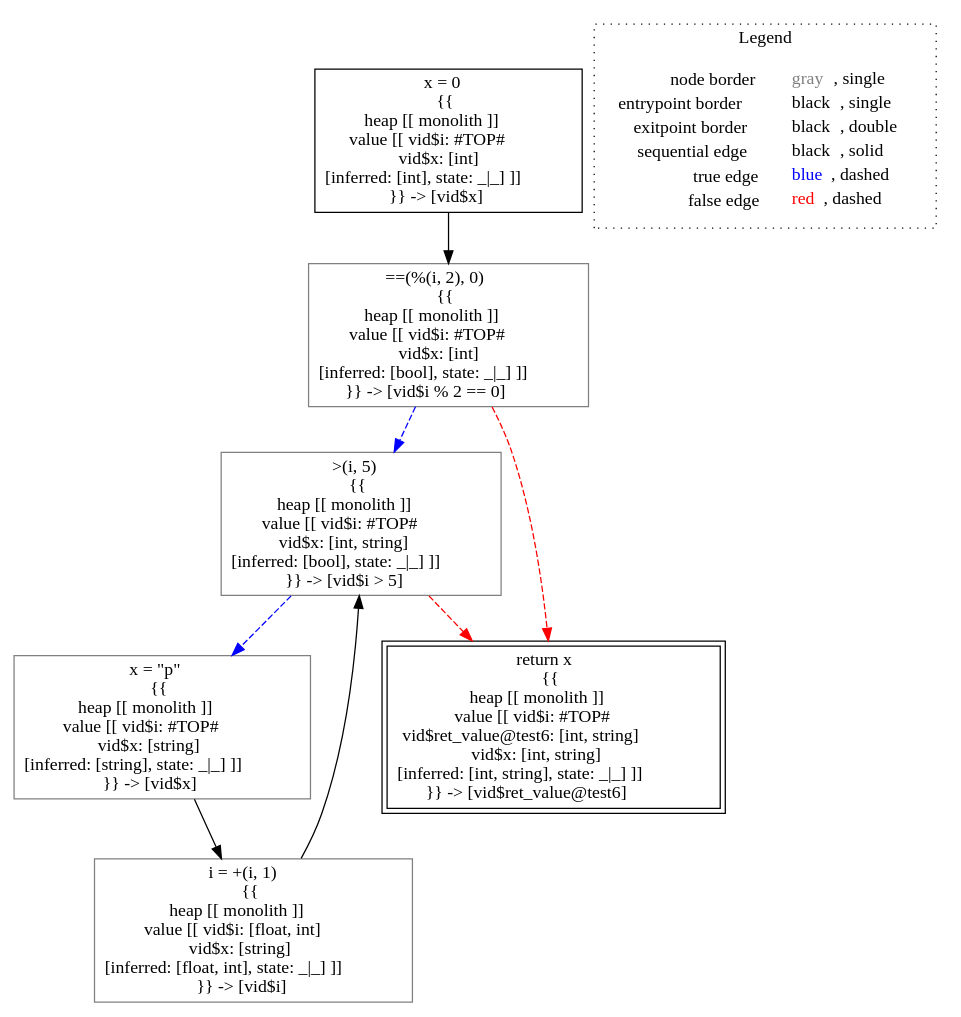
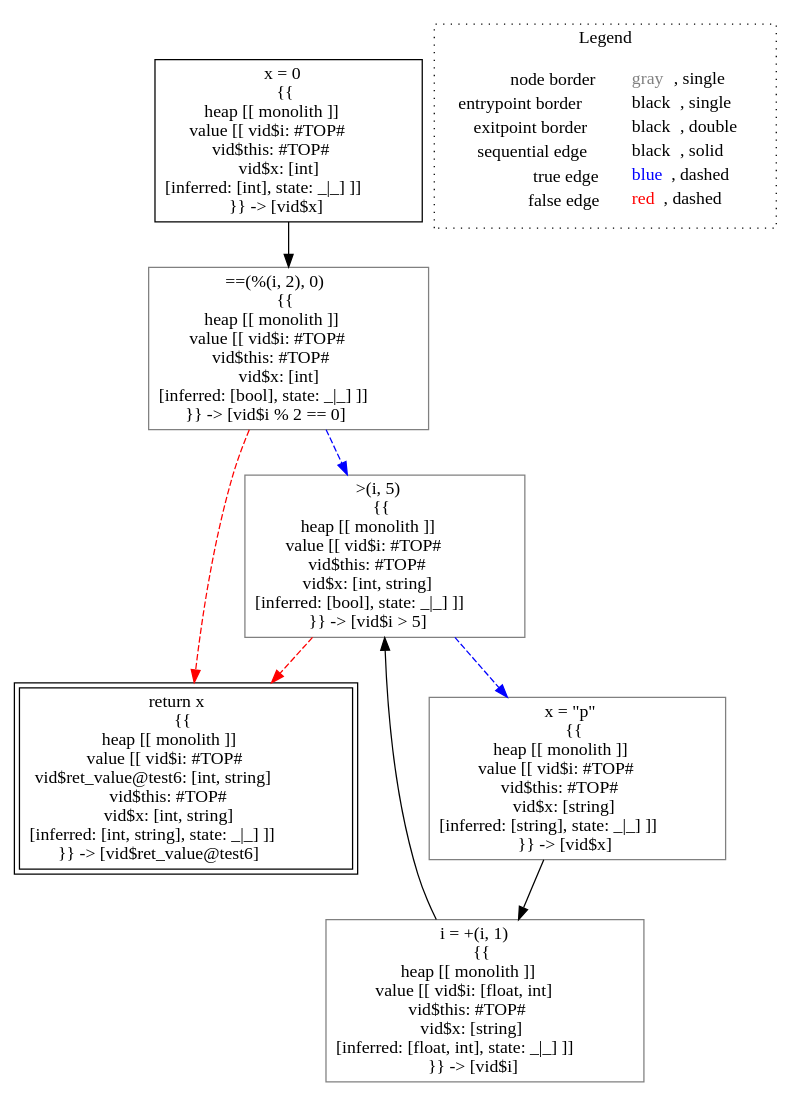
One commit to lisa-analyzer/lisa changed the diagram in lisa/imp-testcases/type-inference/typing___untyped_typing.test6(typing_this,_untyped_i).dot. Above: the diagram before and after it, drawn with Graphviz. The commit also changed 45 other files, not shown here.

```diff
--- a/lisa/imp-testcases/type-inference/typing___untyped_typing.test6(typing_this,_untyped_i).dot
+++ b/lisa/imp-testcases/type-inference/typing___untyped_typing.test6(typing_this,_untyped_i).dot
@@ -1,22 +1,22 @@
 digraph {
-	"node0" [shape="rect",color="black",label=<x = 0<BR/>{{<BR/>heap [[ monolith ]]<BR/>value [[ vid$i: #TOP#<BR/>vid$x: [int]<BR/>[inferred: [int], state: _|_] ]]<BR/>}} -&gt; [vid$x]>];
-	"node1" [shape="rect",color="gray",label=<==(%(i, 2), 0)<BR/>{{<BR/>heap [[ monolith ]]<BR/>value [[ vid$i: #TOP#<BR/>vid$x: [int]<BR/>[inferred: [bool], state: _|_] ]]<BR/>}} -&gt; [vid$i % 2 == 0]>];
-	"node2" [shape="rect",color="gray",label=<&gt;(i, 5)<BR/>{{<BR/>heap [[ monolith ]]<BR/>value [[ vid$i: #TOP#<BR/>vid$x: [int, string]<BR/>[inferred: [bool], state: _|_] ]]<BR/>}} -&gt; [vid$i &gt; 5]>];
-	"node3" [shape="rect",color="gray",label=<x = &quot;p&quot;<BR/>{{<BR/>heap [[ monolith ]]<BR/>value [[ vid$i: #TOP#<BR/>vid$x: [string]<BR/>[inferred: [string], state: _|_] ]]<BR/>}} -&gt; [vid$x]>];
-	"node4" [shape="rect",color="black",peripheries="2",label=<return x<BR/>{{<BR/>heap [[ monolith ]]<BR/>value [[ vid$i: #TOP#<BR/>vid$ret_value@test6: [int, string]<BR/>vid$x: [int, string]<BR/>[inferred: [int, string], state: _|_] ]]<BR/>}} -&gt; [vid$ret_value@test6]>];
-	"node5" [shape="rect",color="gray",label=<i = +(i, 1)<BR/>{{<BR/>heap [[ monolith ]]<BR/>value [[ vid$i: [float, int]<BR/>vid$x: [string]<BR/>[inferred: [float, int], state: _|_] ]]<BR/>}} -&gt; [vid$i]>];
-	"node1" -> "node2" [color="blue",style="dashed"];
-	"node1" -> "node4" [color="red",style="dashed"];
-	"node2" -> "node3" [color="blue",style="dashed"];
-	"node2" -> "node4" [color="red",style="dashed"];
-	"node0" -> "node1" [color="black"];
-	"node3" -> "node5" [color="black"];
+	"node0" [shape="rect",color="black",label=<x = 0<BR/>{{<BR/>heap [[ monolith ]]<BR/>value [[ vid$i: #TOP#<BR/>vid$this: #TOP#<BR/>vid$x: [int]<BR/>[inferred: [int], state: _|_] ]]<BR/>}} -&gt; [vid$x]>];
+	"node1" [shape="rect",color="black",peripheries="2",label=<return x<BR/>{{<BR/>heap [[ monolith ]]<BR/>value [[ vid$i: #TOP#<BR/>vid$ret_value@test6: [int, string]<BR/>vid$this: #TOP#<BR/>vid$x: [int, string]<BR/>[inferred: [int, string], state: _|_] ]]<BR/>}} -&gt; [vid$ret_value@test6]>];
+	"node2" [shape="rect",color="gray",label=<i = +(i, 1)<BR/>{{<BR/>heap [[ monolith ]]<BR/>value [[ vid$i: [float, int]<BR/>vid$this: #TOP#<BR/>vid$x: [string]<BR/>[inferred: [float, int], state: _|_] ]]<BR/>}} -&gt; [vid$i]>];
+	"node3" [shape="rect",color="gray",label=<==(%(i, 2), 0)<BR/>{{<BR/>heap [[ monolith ]]<BR/>value [[ vid$i: #TOP#<BR/>vid$this: #TOP#<BR/>vid$x: [int]<BR/>[inferred: [bool], state: _|_] ]]<BR/>}} -&gt; [vid$i % 2 == 0]>];
+	"node4" [shape="rect",color="gray",label=<&gt;(i, 5)<BR/>{{<BR/>heap [[ monolith ]]<BR/>value [[ vid$i: #TOP#<BR/>vid$this: #TOP#<BR/>vid$x: [int, string]<BR/>[inferred: [bool], state: _|_] ]]<BR/>}} -&gt; [vid$i &gt; 5]>];
+	"node5" [shape="rect",color="gray",label=<x = &quot;p&quot;<BR/>{{<BR/>heap [[ monolith ]]<BR/>value [[ vid$i: #TOP#<BR/>vid$this: #TOP#<BR/>vid$x: [string]<BR/>[inferred: [string], state: _|_] ]]<BR/>}} -&gt; [vid$x]>];
+	"node2" -> "node4" [color="black"];
+	"node3" -> "node1" [color="red",style="dashed"];
+	"node3" -> "node4" [color="blue",style="dashed"];
+	"node4" -> "node1" [color="red",style="dashed"];
+	"node4" -> "node5" [color="blue",style="dashed"];
+	"node0" -> "node3" [color="black"];
 	"node5" -> "node2" [color="black"];
 subgraph cluster_legend {
 	label="Legend";
 	style=dotted;
 	node [shape=plaintext];
 	"legend" [label=<<table border="0" cellpadding="2" cellspacing="0" cellborder="0"><tr><td align="right">node border&nbsp;</td><td align="left"><font color="gray">gray</font>, single</td></tr><tr><td align="right">entrypoint border&nbsp;</td><td align="left"><font color="black">black</font>, single</td></tr><tr><td align="right">exitpoint border&nbsp;</td><td align="left"><font color="black">black</font>, double</td></tr><tr><td align="right">sequential edge&nbsp;</td><td align="left"><font color="black">black</font>, solid</td></tr><tr><td align="right">true edge&nbsp;</td><td align="left"><font color="blue">blue</font>, dashed</td></tr><tr><td align="right">false edge&nbsp;</td><td align="left"><font color="red">red</font>, dashed</td></tr></table>>];
 }
 
 }
```
